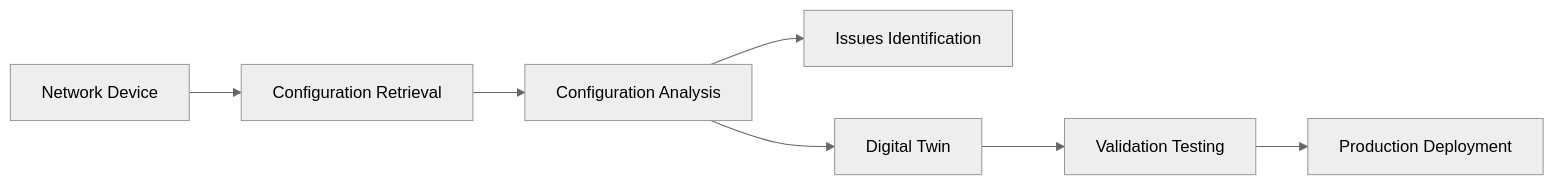
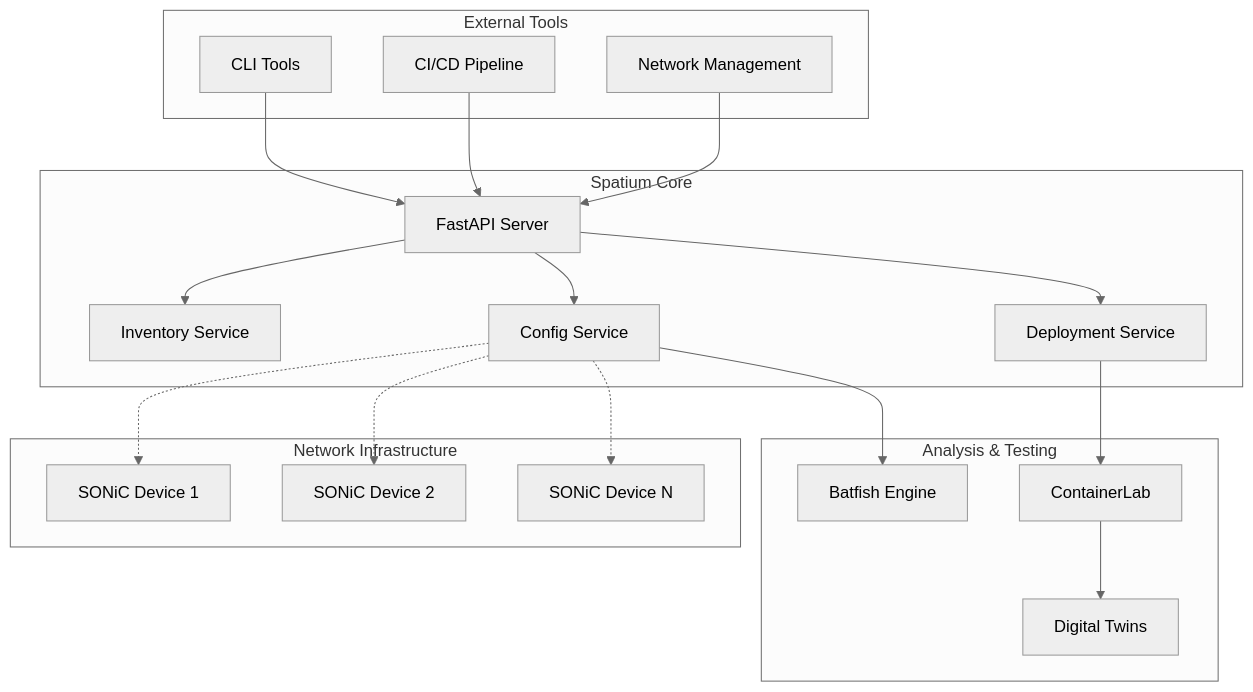
One commit to t0m3kz/av changed the diagram in docs/index.md. Above: the diagram before and after it, drawn with Mermaid (neutral theme). The commit also changed other lines of this file and 66 other files, not shown here.

````diff
--- a/docs/index.md
+++ b/docs/index.md
@@ -16,9 +75,43 @@
 ```mermaid
-graph LR
-    A[Network Device] --> B[Configuration Retrieval]
-    B --> C[Configuration Analysis]
-    C --> D[Issues Identification]
-    C --> E[Digital Twin]
-    E --> F[Validation Testing]
-    F --> G[Production Deployment]
+graph TB
+    subgraph "External Tools"
+        CLI[CLI Tools]
+        CI[CI/CD Pipeline]
+        NMS[Network Management]
+    end
+    
+    subgraph "Spatium Core"
+        API[FastAPI Server]
+        INV[Inventory Service]
+        CFG[Config Service]
+        DEP[Deployment Service]
+    end
+    
+    subgraph "Network Infrastructure"
+        DEV1[SONiC Device 1]
+        DEV2[SONiC Device 2]
+        DEV3[SONiC Device N]
+    end
+    
+    subgraph "Analysis & Testing"
+        BF[Batfish Engine]
+        CL[ContainerLab]
+        DT[Digital Twins]
+    end
+    
+    CLI --> API
+    CI --> API
+    NMS --> API
+    
+    API --> INV
+    API --> CFG
+    API --> DEP
+    
+    CFG -.-> DEV1
+    CFG -.-> DEV2
+    CFG -.-> DEV3
+    
+    DEP --> CL
+    CL --> DT
+    CFG --> BF
 ```
````
